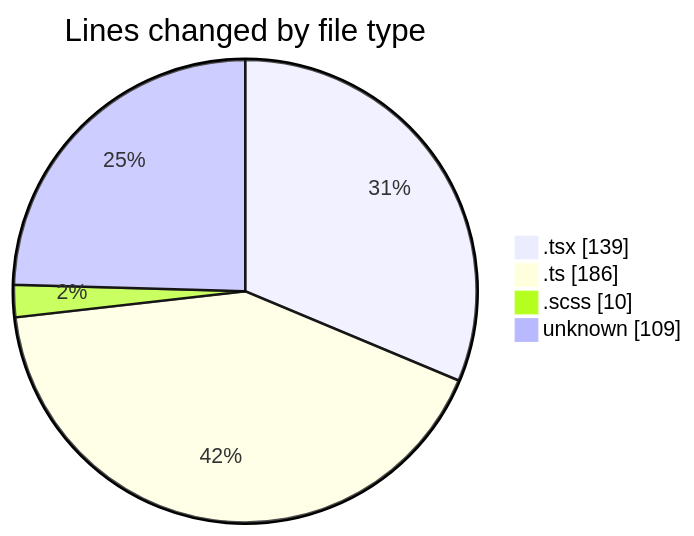
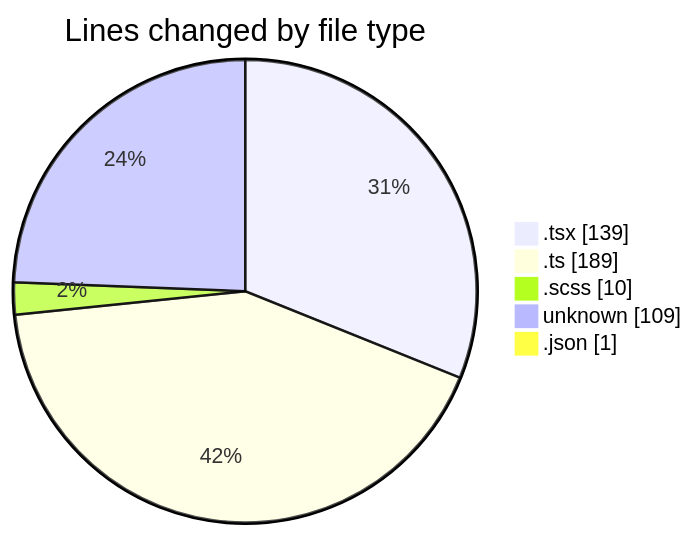
Before and after one commit to momahboobian/code-tracking: the first of 2 diagrams in 2026-04-15/cda/README.md, drawn with Mermaid. The commit also changed other lines of this file and 1 other file, not shown here.

````diff
--- a/2026-04-15/cda/README.md
+++ b/2026-04-15/cda/README.md
@@ -29,8 +30,9 @@
 ```mermaid
 pie showData
 title Lines changed by file type
 ".tsx" : 139
-".ts" : 186
+".ts" : 189
 ".scss" : 10
 "unknown" : 109
+".json" : 1
 ```
````
